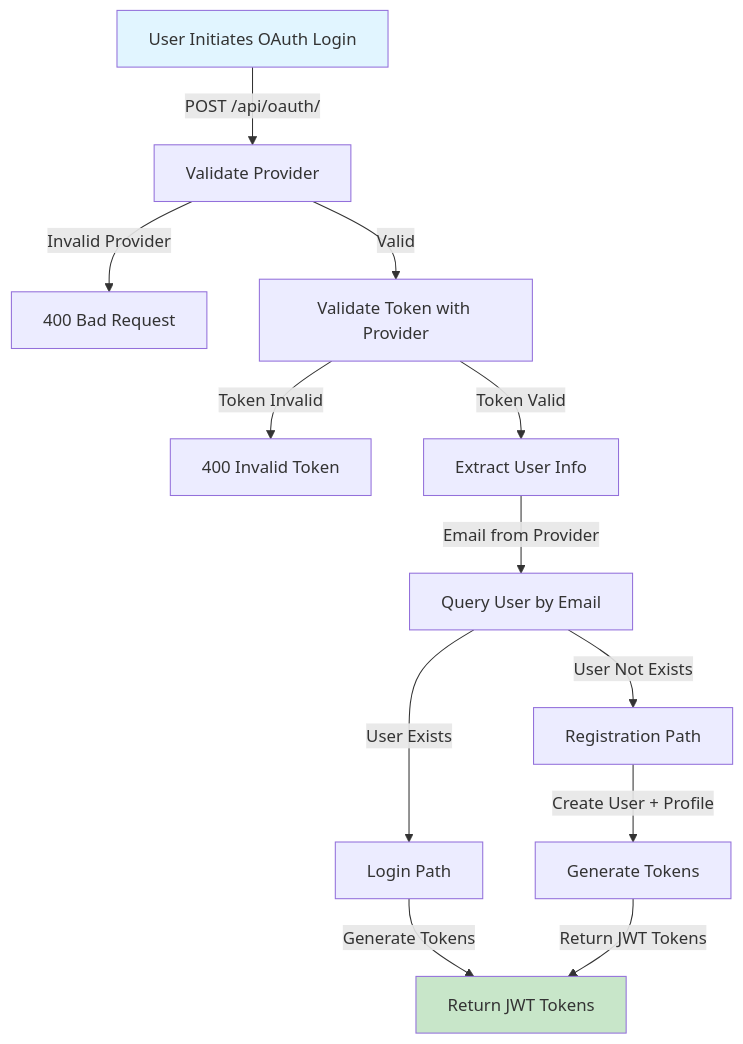
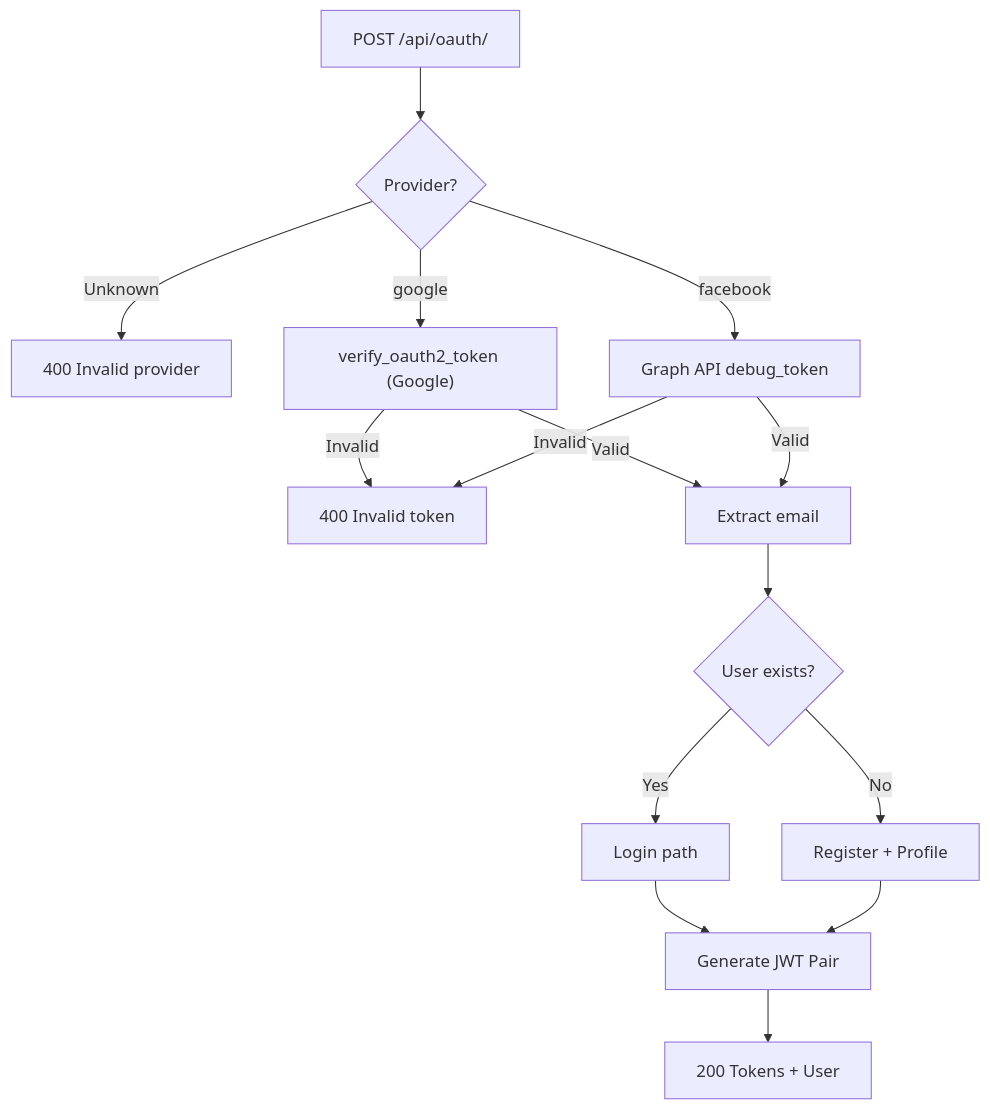
Before and after one commit to RadiantVixen/music-room: the fifth of 13 diagrams in API_SCHEMAS.md, drawn with Mermaid. The commit also changed other lines of this file and 65 other files, not shown here.

````diff
--- a/API_SCHEMAS.md
+++ b/API_SCHEMAS.md
@@ -433,18 +409,17 @@
 ```mermaid
 graph TD
-    A["User Initiates OAuth Login"] -->|POST /api/oauth/| B["Validate Provider"]
-    B -->|Invalid Provider| C["400 Bad Request"]
-    B -->|Valid| D["Validate Token with Provider"]
-    D -->|Token Invalid| E["400 Invalid Token"]
-    D -->|Token Valid| F["Extract User Info"]
-    F -->|Email from Provider| G["Query User by Email"]
-    G -->|User Exists| H["Login Path"]
-    G -->|User Not Exists| I["Registration Path"]
-    
-    H -->|Generate Tokens| J["Return JWT Tokens"]
-    I -->|Create User + Profile| K["Generate Tokens"]
-    K -->|Return JWT Tokens| J
-    
-    style A fill:#e1f5ff
-    style J fill:#c8e6c9
+    A["POST /api/oauth/"] --> B{"Provider?"}
+    B -->|Unknown| C["400 Invalid provider"]
+    B -->|google| D["verify_oauth2_token (Google)"]
+    B -->|facebook| E["Graph API debug_token"]
+    D -->|Invalid| F["400 Invalid token"]
+    E -->|Invalid| F
+    D -->|Valid| G["Extract email"]
+    E -->|Valid| G
+    G --> H{"User exists?"}
+    H -->|Yes| I["Login path"]
+    H -->|No| J["Register + Profile"]
+    I --> K["Generate JWT Pair"]
+    J --> K
+    K --> L["200 Tokens + User"]
 ```
````
